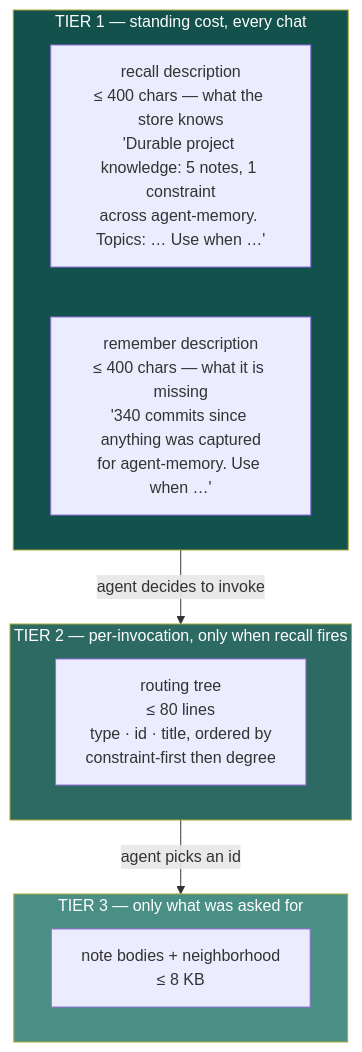
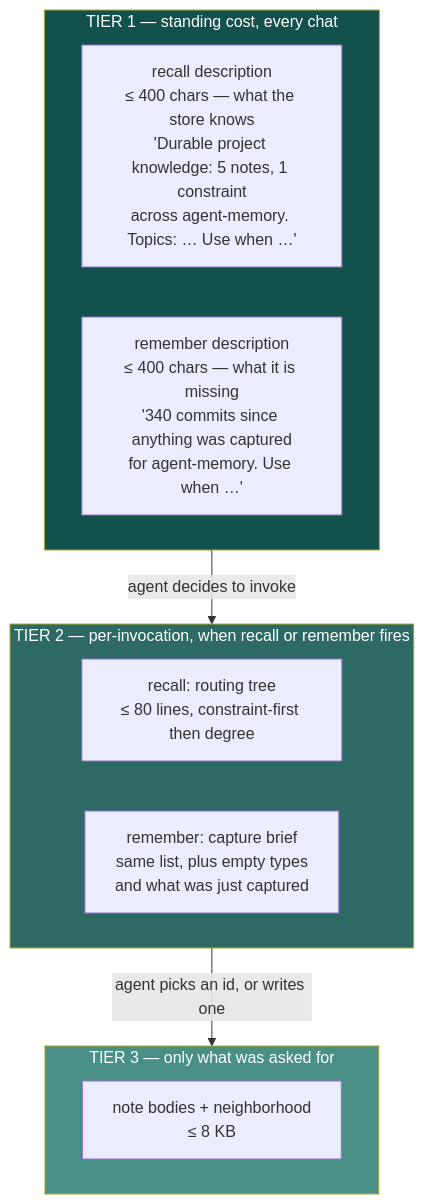
One commit to vib795/agent-memory changed the fourth of 6 diagrams in ARCHITECTURE.md. Above: the diagram before and after it, drawn with Mermaid. The commit also changed 8 other files, not shown here.

````diff
--- a/ARCHITECTURE.md
+++ b/ARCHITECTURE.md
@@ -250,18 +250,19 @@
 ```mermaid
 flowchart TB
     subgraph t1["TIER 1 — standing cost, every chat"]
         D["recall description<br/>≤ 400 chars — what the store knows<br/>'Durable project knowledge: 5 notes, 1 constraint<br/>across agent-memory. Topics: … Use when …'"]
         R["remember description<br/>≤ 400 chars — what it is missing<br/>'340 commits since anything was captured<br/>for agent-memory. Use when …'"]
     end
-    subgraph t2["TIER 2 — per-invocation, only when recall fires"]
-        TR["routing tree<br/>≤ 80 lines<br/>type · id · title, ordered by<br/>constraint-first then degree"]
+    subgraph t2["TIER 2 — per-invocation, when recall or remember fires"]
+        TR["recall: routing tree<br/>≤ 80 lines, constraint-first then degree"]
+        BR["remember: capture brief<br/>same list, plus empty types<br/>and what was just captured"]
     end
     subgraph t3["TIER 3 — only what was asked for"]
         N["note bodies + neighborhood<br/>≤ 8 KB"]
     end
-    t1 -->|"agent decides to invoke"| t2 -->|"agent picks an id"| t3
+    t1 -->|"agent decides to invoke"| t2 -->|"agent picks an id, or writes one"| t3
 
     style t1 fill:#12514c,color:#fff
     style t2 fill:#2d6a63,color:#fff
     style t3 fill:#4a8f86,color:#fff
 ```
````
